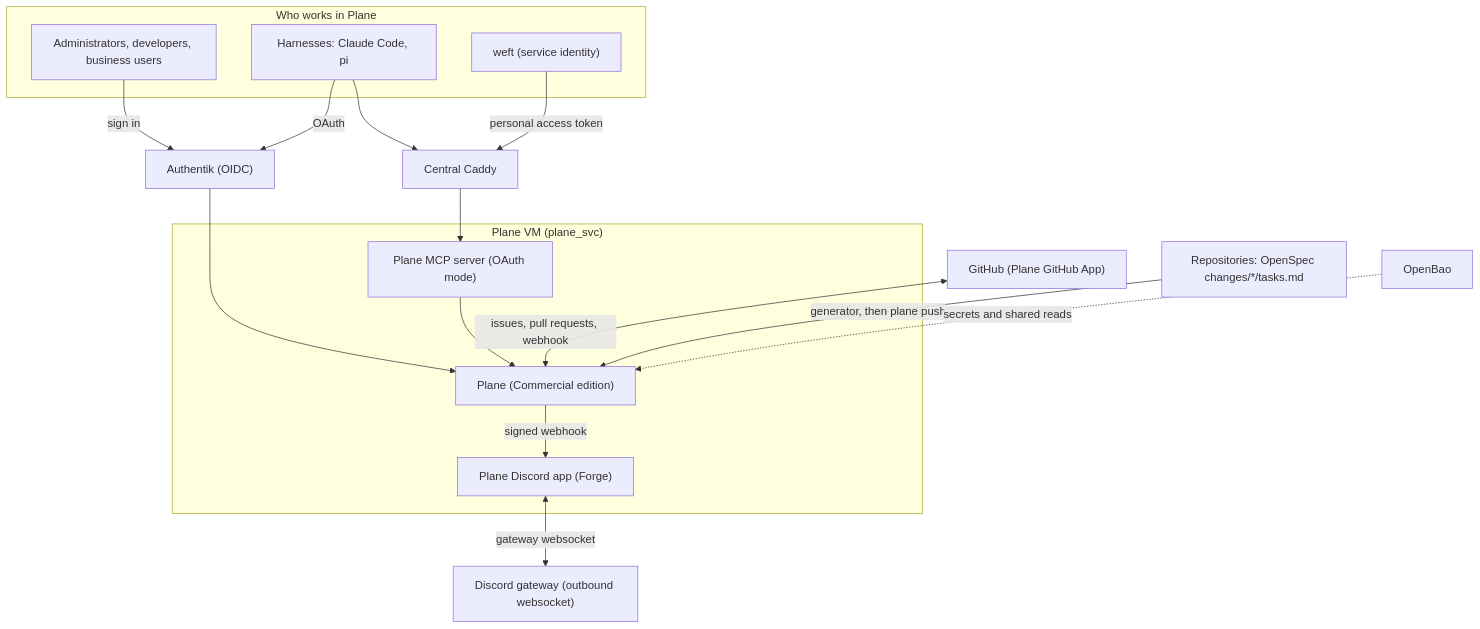
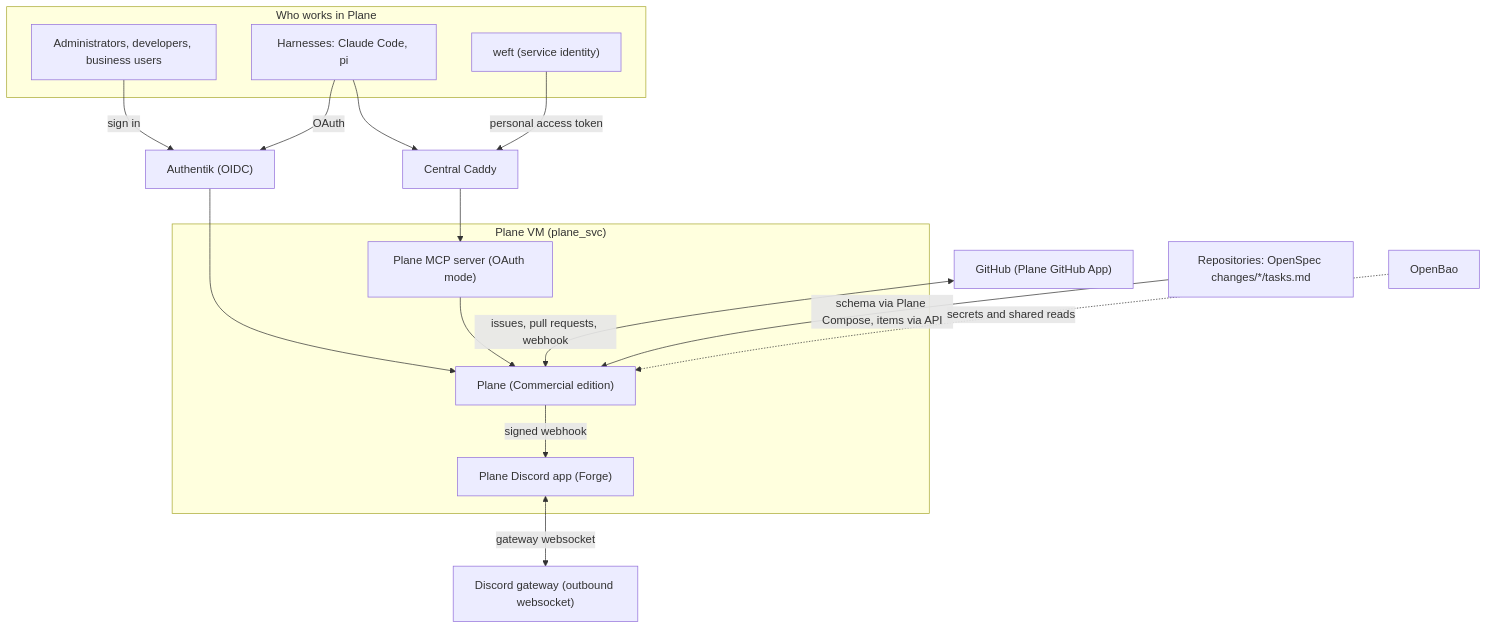
Before and after one commit to uhstray-io/agent-cloud: the diagram in plan/development/16-plane-work-management.md, drawn with Mermaid. The commit also changed other lines of this file and 4 other files, not shown here.

````diff
--- a/plan/development/16-plane-work-management.md
+++ b/plan/development/16-plane-work-management.md
@@ -46,32 +46,32 @@
 ```mermaid
 flowchart TD
     subgraph People["Who works in Plane"]
         H["Administrators, developers, business users"]
         HX["Harnesses: Claude Code, pi"]
         W["weft (service identity)"]
     end
     AK["Authentik (OIDC)"]
     CADDY["Central Caddy"]
     subgraph VM["Plane VM (plane_svc)"]
         PL["Plane (Commercial edition)"]
         MCP["Plane MCP server (OAuth mode)"]
         FD["Plane Discord app (Forge)"]
     end
     GH["GitHub (Plane GitHub App)"]
     DC["Discord gateway (outbound websocket)"]
     BAO["OpenBao"]
     REPOS["Repositories: OpenSpec changes/*/tasks.md"]
 
     H -->|sign in| AK
     AK --> PL
     HX -->|OAuth| AK
     HX --> CADDY
     W -->|personal access token| CADDY
     CADDY --> MCP
     MCP --> PL
     GH <-->|issues, pull requests, webhook| PL
-    REPOS -->|generator, then plane push| PL
+    REPOS -->|schema via Plane Compose, items via API| PL
     FD <-->|gateway websocket| DC
     PL -->|signed webhook| FD
     BAO -.->|secrets and shared reads| PL
 ```
````
